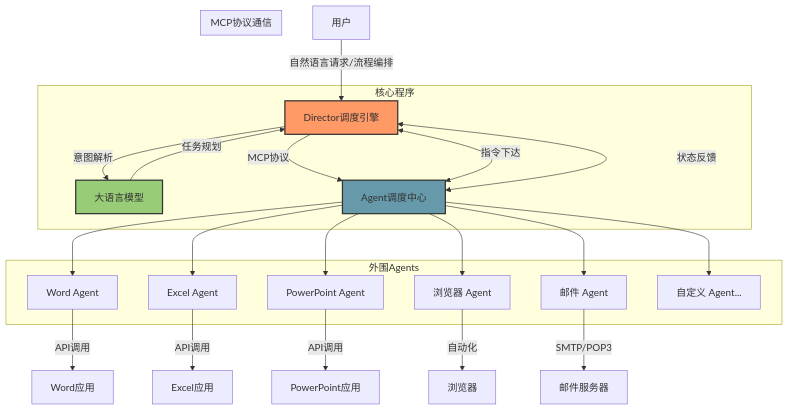
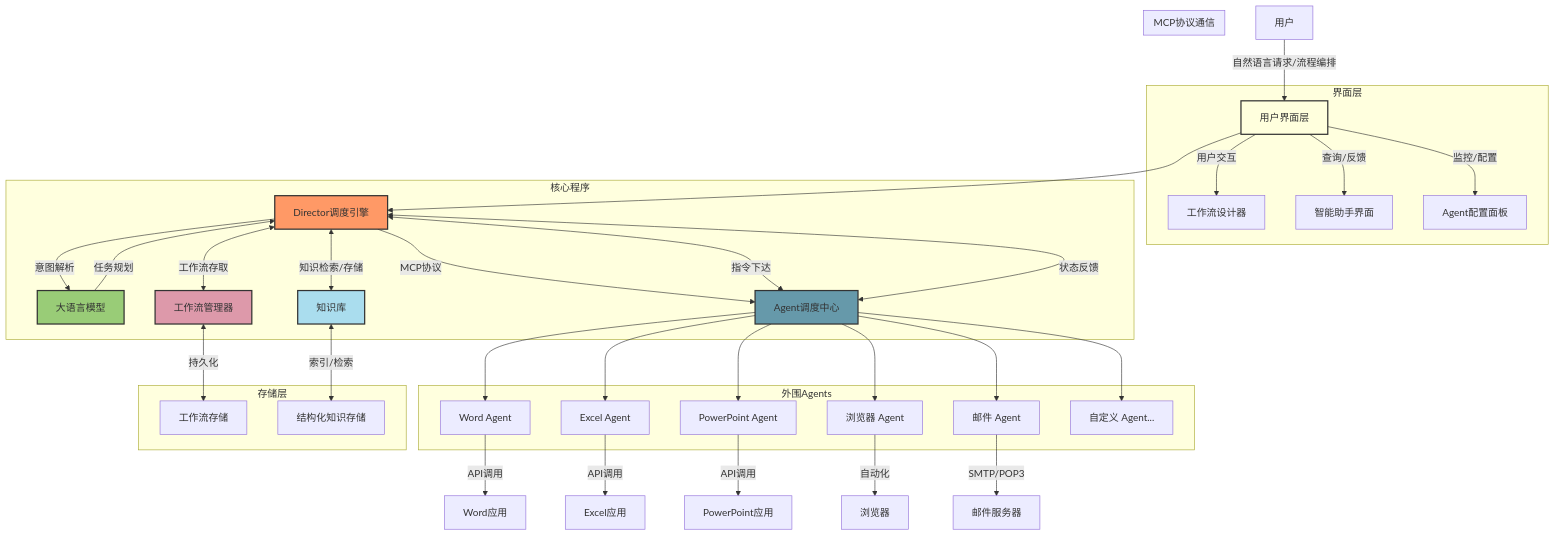
Before and after one commit to lornshrimp/Lorn.OpenAgenticAI: the diagram in README.md, drawn with Mermaid. The commit also changed other lines of this file and 8 other files, not shown here.

````diff
--- a/README.md
+++ b/README.md
@@ -45,34 +45,51 @@
 ```mermaid
 graph TD
-    User[用户] --> |自然语言请求/流程编排| Director
+    User[用户] --> |自然语言请求/流程编排| UI[用户界面层]
+    
+    subgraph "界面层"
+        UI --> |用户交互| WorkflowUI[工作流设计器]
+        UI --> |查询/反馈| AssistantUI[智能助手界面]
+        UI --> |监控/配置| AgentConfigUI[Agent配置面板]
+    end
     
     subgraph "核心程序"
-        Director[Director调度引擎] --> |意图解析| LLM[大语言模型]
+        UI --> Director[Director调度引擎]
+        Director --> |意图解析| LLM[大语言模型]
         LLM --> |任务规划| Director
         Director --> |MCP协议| AgentHub[Agent调度中心]
+        Director <--> |工作流存取| WorkflowManager[工作流管理器]
+        Director <--> |知识检索/存储| KnowledgeBase[知识库]
     end
     
     subgraph "外围Agents"
         AgentHub --> WordAgent[Word Agent]
         AgentHub --> ExcelAgent[Excel Agent]
         AgentHub --> PPTAgent[PowerPoint Agent]
         AgentHub --> BrowserAgent[浏览器 Agent]
         AgentHub --> EmailAgent[邮件 Agent]
         AgentHub --> CustomAgent[自定义 Agent...]
     end
     
     WordAgent --> |API调用| Word[Word应用]
     ExcelAgent --> |API调用| Excel[Excel应用]
     PPTAgent --> |API调用| PPT[PowerPoint应用]
     BrowserAgent --> |自动化| Browser[浏览器]
     EmailAgent --> |SMTP/POP3| EmailServer[邮件服务器]
     
     subgraph "MCP协议通信"
         Director <--> |指令下达| AgentHub
         AgentHub <--> |状态反馈| Director
     end
+    
+    subgraph "存储层"
+        WorkflowManager <--> |持久化| WorkflowStore[工作流存储]
+        KnowledgeBase <--> |索引/检索| KnowledgeStore[结构化知识存储]
+    end
 
     style Director fill:#f96,stroke:#333,stroke-width:2px
     style AgentHub fill:#69a,stroke:#333,stroke-width:2px
     style LLM fill:#9c7,stroke:#333,stroke-width:2px
+    style WorkflowManager fill:#d9a,stroke:#333,stroke-width:2px
+    style KnowledgeBase fill:#ade,stroke:#333,stroke-width:2px
+    style UI fill:#ffd,stroke:#333,stroke-width:2px
 ```
````
